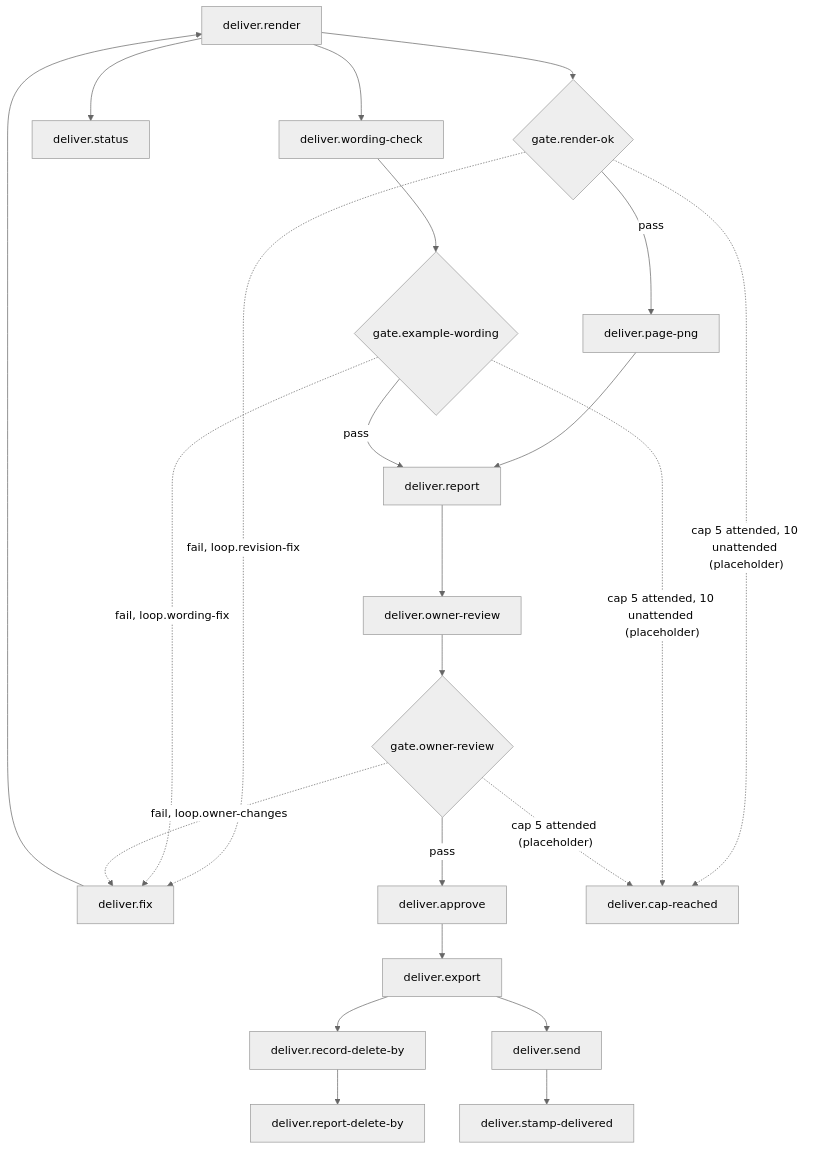
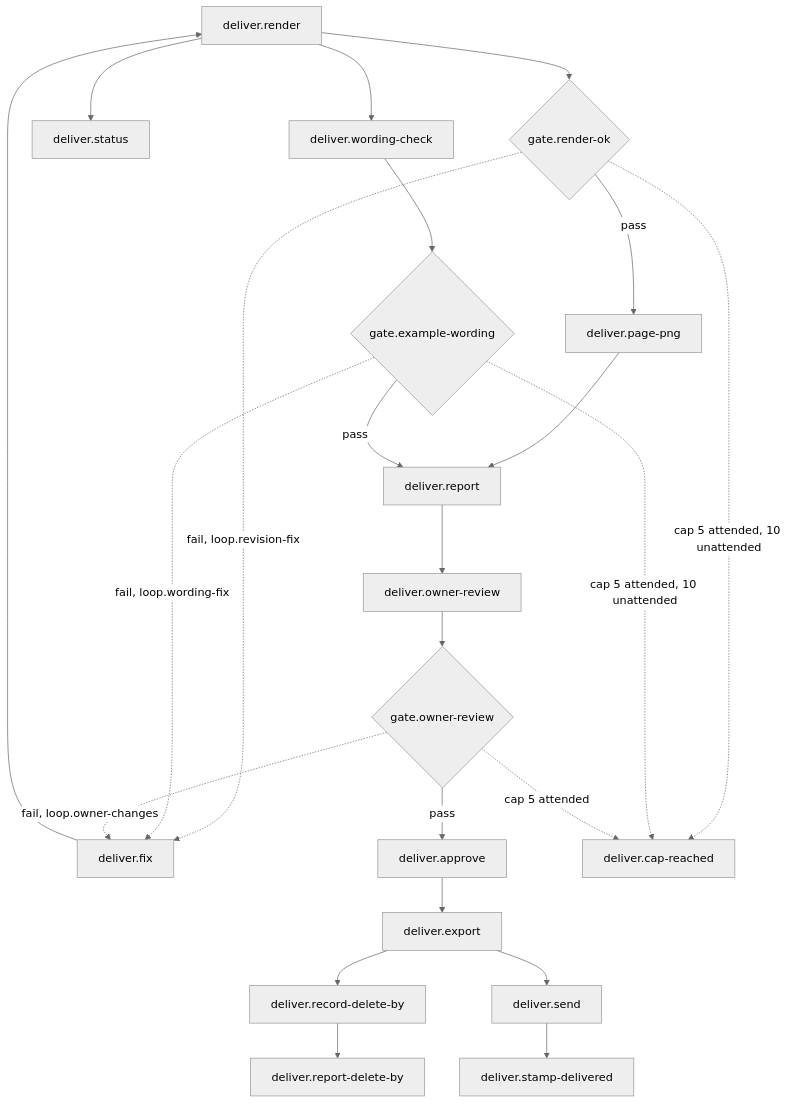
The diagram in docs/workflow/06-deliver/README.md (jimzord12/cvgen), drawn with Mermaid (neutral theme) before and after one commit. The commit also changed other lines of this file and 32 other files, not shown here.

````diff
--- a/docs/workflow/06-deliver/README.md
+++ b/docs/workflow/06-deliver/README.md
@@ -103,43 +102,43 @@
 ```mermaid
 flowchart TD
   %% An arrow implied by a longer path is left out, unless that path runs through an optional step with another condition; the tables list every input and handover.
   s_deliver__render["deliver.render"]
   s_deliver__fix["deliver.fix"]
   s_deliver__page_png["deliver.page-png"]
   s_deliver__wording_check["deliver.wording-check"]
   s_deliver__report["deliver.report"]
   s_deliver__owner_review["deliver.owner-review"]
   s_deliver__approve["deliver.approve"]
   s_deliver__export["deliver.export"]
   s_deliver__record_delete_by["deliver.record-delete-by"]
   s_deliver__send["deliver.send"]
   s_deliver__stamp_delivered["deliver.stamp-delivered"]
   s_deliver__report_delete_by["deliver.report-delete-by"]
   s_deliver__status["deliver.status"]
   s_deliver__cap_reached["deliver.cap-reached"]
   g_gate__render_ok{"gate.render-ok"}
   g_gate__example_wording{"gate.example-wording"}
   g_gate__owner_review{"gate.owner-review"}
   s_deliver__render --> s_deliver__wording_check
   s_deliver__render --> s_deliver__status
   s_deliver__fix --> s_deliver__render
   s_deliver__page_png --> s_deliver__report
   s_deliver__report --> s_deliver__owner_review
   s_deliver__approve --> s_deliver__export
   s_deliver__export --> s_deliver__record_delete_by
   s_deliver__export --> s_deliver__send
   s_deliver__record_delete_by --> s_deliver__report_delete_by
   s_deliver__send --> s_deliver__stamp_delivered
   s_deliver__render --> g_gate__render_ok
   g_gate__render_ok -->|"pass"| s_deliver__page_png
   g_gate__render_ok -.->|"fail, loop.revision-fix"| s_deliver__fix
-  g_gate__render_ok -.->|"cap 5 attended, 10 unattended (placeholder)"| s_deliver__cap_reached
+  g_gate__render_ok -.->|"cap 5 attended, 10 unattended"| s_deliver__cap_reached
   s_deliver__wording_check --> g_gate__example_wording
   g_gate__example_wording -->|"pass"| s_deliver__report
   g_gate__example_wording -.->|"fail, loop.wording-fix"| s_deliver__fix
-  g_gate__example_wording -.->|"cap 5 attended, 10 unattended (placeholder)"| s_deliver__cap_reached
+  g_gate__example_wording -.->|"cap 5 attended, 10 unattended"| s_deliver__cap_reached
   s_deliver__owner_review --> g_gate__owner_review
   g_gate__owner_review -->|"pass"| s_deliver__approve
   g_gate__owner_review -.->|"fail, loop.owner-changes"| s_deliver__fix
-  g_gate__owner_review -.->|"cap 5 attended (placeholder)"| s_deliver__cap_reached
+  g_gate__owner_review -.->|"cap 5 attended"| s_deliver__cap_reached
 ```
````
